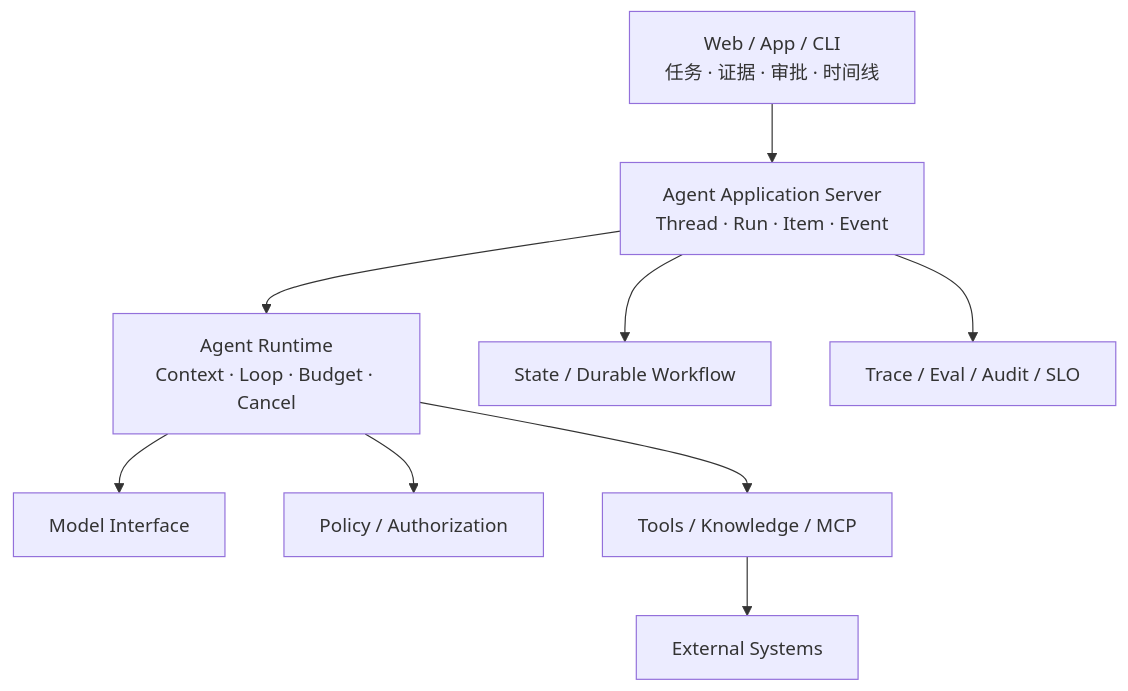
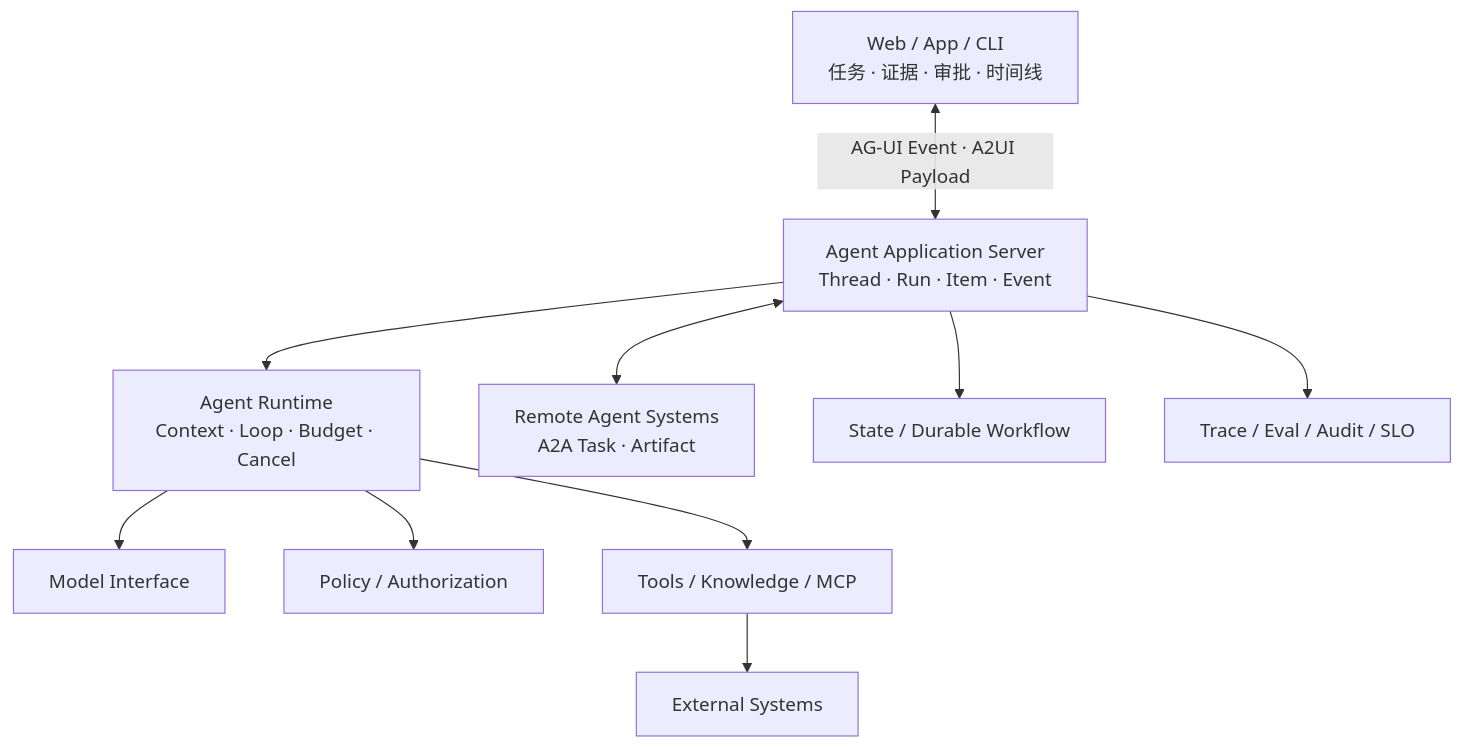
Before and after one commit to whatthehan/masterpiece-static-docs: the diagram in site/index.md, drawn with Mermaid. The commit also changed other lines of this file and 123 other files, not shown here.

````diff
--- a/site/index.md
+++ b/site/index.md
@@ -21,11 +21,12 @@
 ```mermaid
 flowchart TD
-    UI["Web / App / CLI<br/>任务 · 证据 · 审批 · 时间线"] --> S["Agent Application Server<br/>Thread · Run · Item · Event"]
+    UI["Web / App / CLI<br/>任务 · 证据 · 审批 · 时间线"] <-->|"AG-UI Event · A2UI Payload"| S["Agent Application Server<br/>Thread · Run · Item · Event"]
     S --> R["Agent Runtime<br/>Context · Loop · Budget · Cancel"]
+    S <--> A["Remote Agent Systems<br/>A2A Task · Artifact"]
     R --> M["Model Interface"]
     R --> P["Policy / Authorization"]
     R --> T["Tools / Knowledge / MCP"]
     T --> X["External Systems"]
     S --> D["State / Durable Workflow"]
     S --> E["Trace / Eval / Audit / SLO"]
 ```
````
